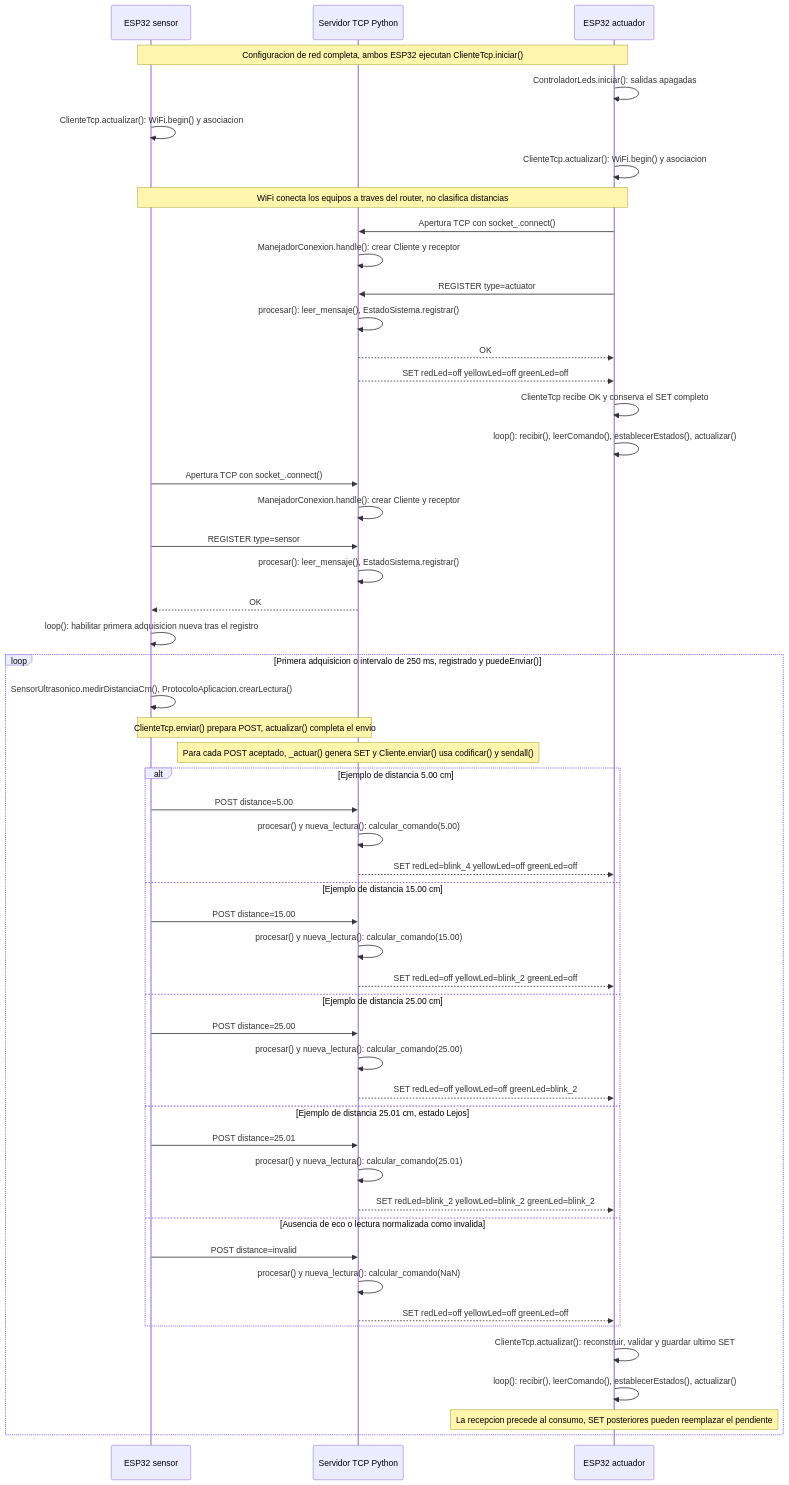
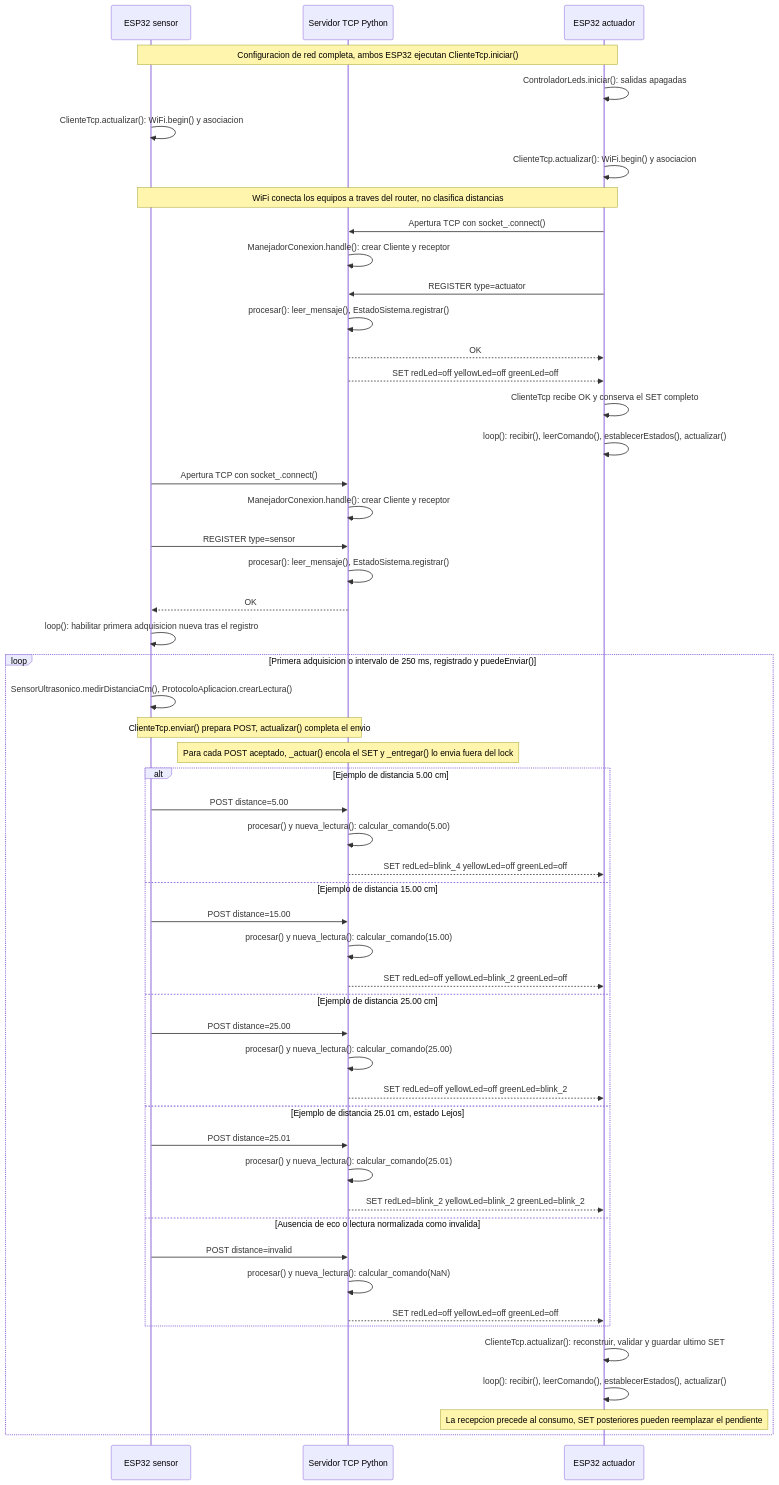
The fourth of 5 diagrams in INFORME.md (JustAdrianMercado/Integracion-de-Objetos-Inteligentes-con-TCP-IP), drawn with Mermaid before and after one commit. The commit also changed other lines of this file and 22 other files, not shown here.

````diff
--- a/INFORME.md
+++ b/INFORME.md
@@ -521,58 +527,58 @@
 ```mermaid
 sequenceDiagram
     participant S as ESP32 sensor
     participant PC as Servidor TCP Python
     participant A as ESP32 actuador
 
     Note over S,A: Configuracion de red completa, ambos ESP32 ejecutan ClienteTcp.iniciar()
     A->>A: ControladorLeds.iniciar(): salidas apagadas
     S->>S: ClienteTcp.actualizar(): WiFi.begin() y asociacion
     A->>A: ClienteTcp.actualizar(): WiFi.begin() y asociacion
     Note over S,A: WiFi conecta los equipos a traves del router, no clasifica distancias
 
     A->>PC: Apertura TCP con socket_.connect()
     PC->>PC: ManejadorConexion.handle(): crear Cliente y receptor
     A->>PC: REGISTER type=actuator
     PC->>PC: procesar(): leer_mensaje(), EstadoSistema.registrar()
     PC-->>A: OK
     PC-->>A: SET redLed=off yellowLed=off greenLed=off
     A->>A: ClienteTcp recibe OK y conserva el SET completo
     A->>A: loop(): recibir(), leerComando(), establecerEstados(), actualizar()
 
     S->>PC: Apertura TCP con socket_.connect()
     PC->>PC: ManejadorConexion.handle(): crear Cliente y receptor
     S->>PC: REGISTER type=sensor
     PC->>PC: procesar(): leer_mensaje(), EstadoSistema.registrar()
     PC-->>S: OK
     S->>S: loop(): habilitar primera adquisicion nueva tras el registro
 
     loop Primera adquisicion o intervalo de 250 ms, registrado y puedeEnviar()
         S->>S: SensorUltrasonico.medirDistanciaCm(), ProtocoloAplicacion.crearLectura()
         Note over S,PC: ClienteTcp.enviar() prepara POST, actualizar() completa el envio
-        Note over PC: Para cada POST aceptado, _actuar() genera SET y Cliente.enviar() usa codificar() y sendall()
+        Note over PC: Para cada POST aceptado, _actuar() encola el SET y _entregar() lo envia fuera del lock
         alt Ejemplo de distancia 5.00 cm
             S->>PC: POST distance=5.00
             PC->>PC: procesar() y nueva_lectura(): calcular_comando(5.00)
             PC-->>A: SET redLed=blink_4 yellowLed=off greenLed=off
         else Ejemplo de distancia 15.00 cm
             S->>PC: POST distance=15.00
             PC->>PC: procesar() y nueva_lectura(): calcular_comando(15.00)
             PC-->>A: SET redLed=off yellowLed=blink_2 greenLed=off
         else Ejemplo de distancia 25.00 cm
             S->>PC: POST distance=25.00
             PC->>PC: procesar() y nueva_lectura(): calcular_comando(25.00)
             PC-->>A: SET redLed=off yellowLed=off greenLed=blink_2
         else Ejemplo de distancia 25.01 cm, estado Lejos
             S->>PC: POST distance=25.01
             PC->>PC: procesar() y nueva_lectura(): calcular_comando(25.01)
             PC-->>A: SET redLed=blink_2 yellowLed=blink_2 greenLed=blink_2
         else Ausencia de eco o lectura normalizada como invalida
             S->>PC: POST distance=invalid
             PC->>PC: procesar() y nueva_lectura(): calcular_comando(NaN)
             PC-->>A: SET redLed=off yellowLed=off greenLed=off
         end
         A->>A: ClienteTcp.actualizar(): reconstruir, validar y guardar ultimo SET
         A->>A: loop(): recibir(), leerComando(), establecerEstados(), actualizar()
         Note over A: La recepcion precede al consumo, SET posteriores pueden reemplazar el pendiente
     end
 ```
````
